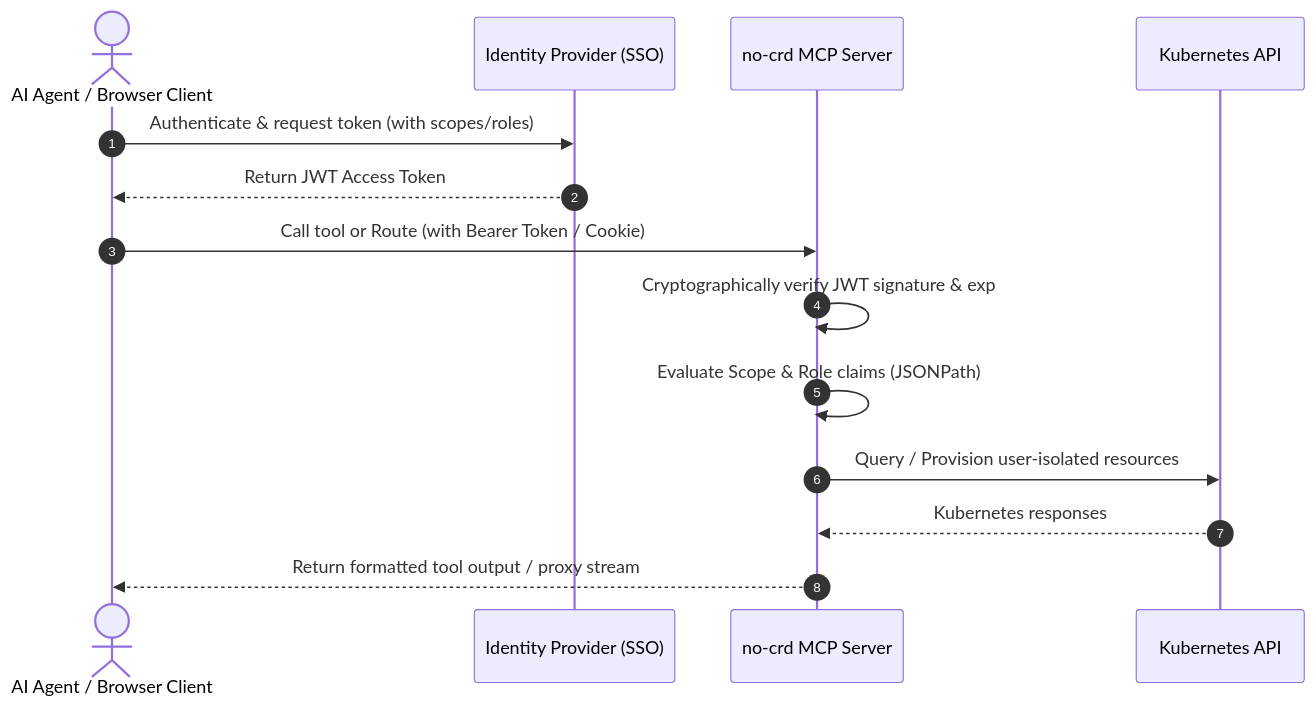
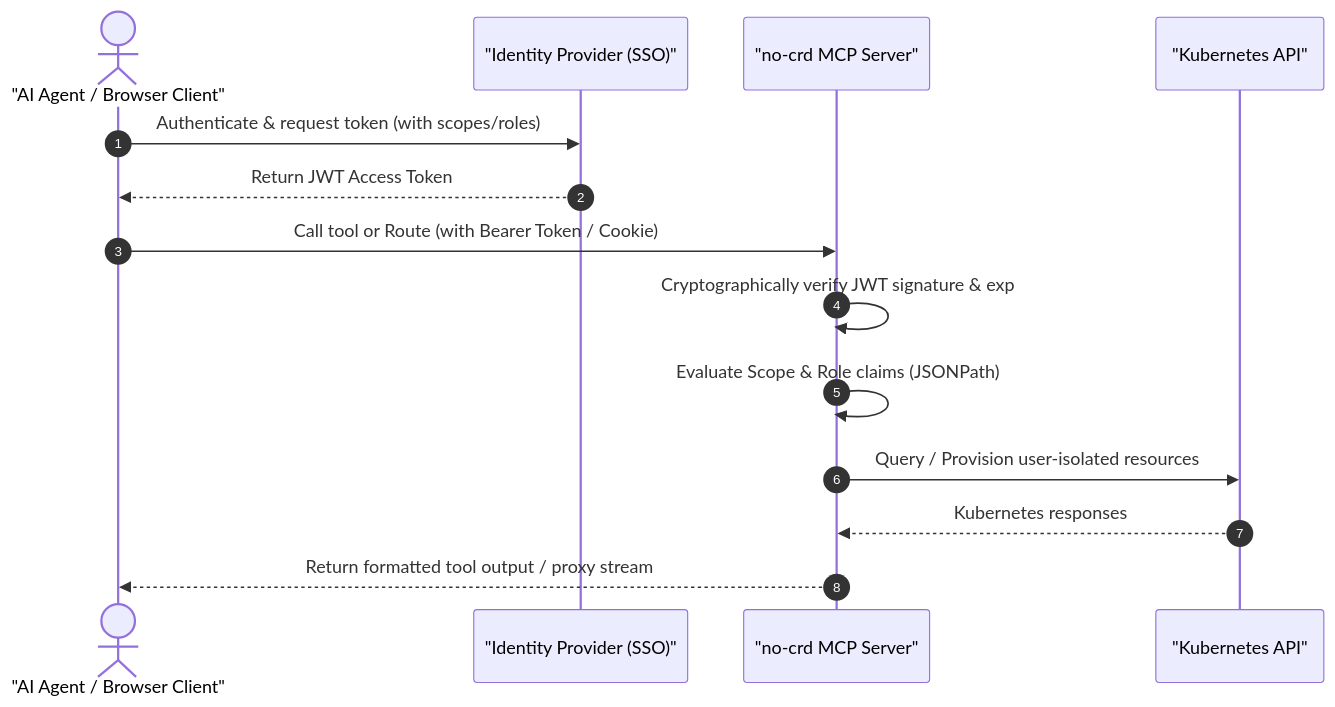
One commit to nogoo9/no-crd changed the diagram in docs/sso-integration.md. Above: the diagram before and after it, drawn with Mermaid. The commit also changed other lines of this file and 16 other files, not shown here.

First line of the commit message:
docs: fix mermaid syntax errors and add setup cheatsheet (#22)

````diff
--- a/docs/sso-integration.md
+++ b/docs/sso-integration.md
@@ -20,17 +23,17 @@
 ```mermaid
 sequenceDiagram
     autonumber
-    actor User as AI Agent / Browser Client
-    participant IdP as Identity Provider (SSO)
-    participant MCP as no-crd MCP Server
-    participant K8s as Kubernetes API
+    actor User as "AI Agent / Browser Client"
+    participant IdP as "Identity Provider (SSO)"
+    participant MCP as "no-crd MCP Server"
+    participant K8s as "Kubernetes API"
 
     User->>IdP: Authenticate & request token (with scopes/roles)
     IdP-->>User: Return JWT Access Token
     User->>MCP: Call tool or Route (with Bearer Token / Cookie)
     MCP->>MCP: Cryptographically verify JWT signature & exp
     MCP->>MCP: Evaluate Scope & Role claims (JSONPath)
     MCP->>K8s: Query / Provision user-isolated resources
     K8s-->>MCP: Kubernetes responses
     MCP-->>User: Return formatted tool output / proxy stream
 ```
````
